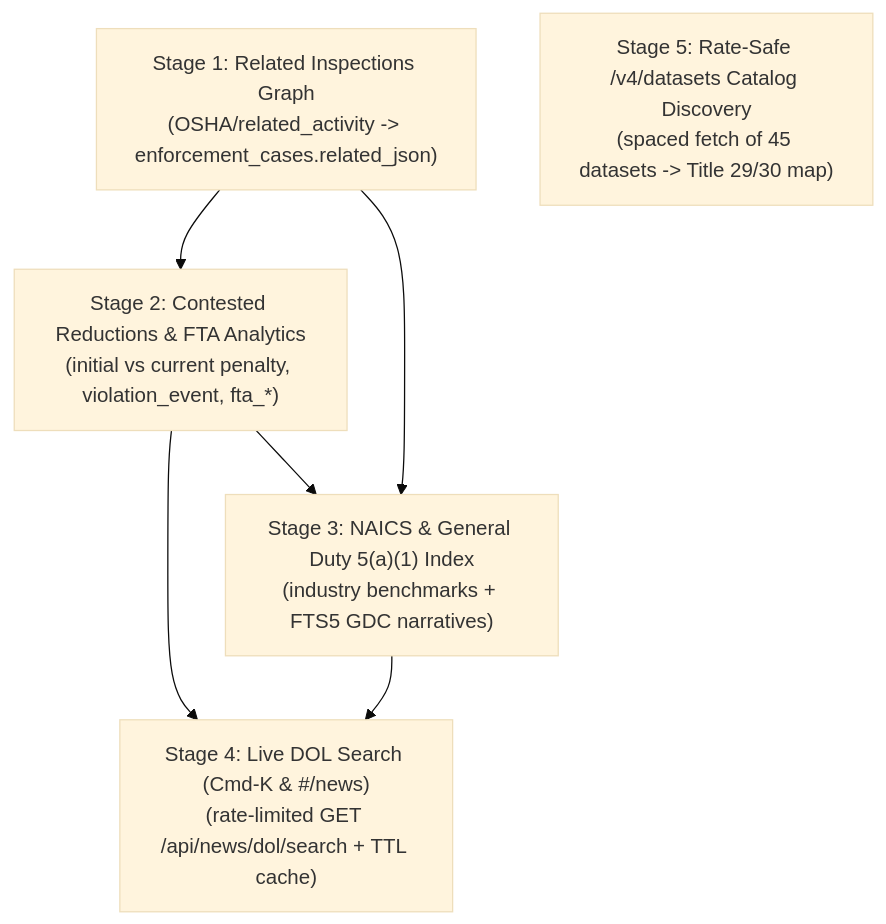
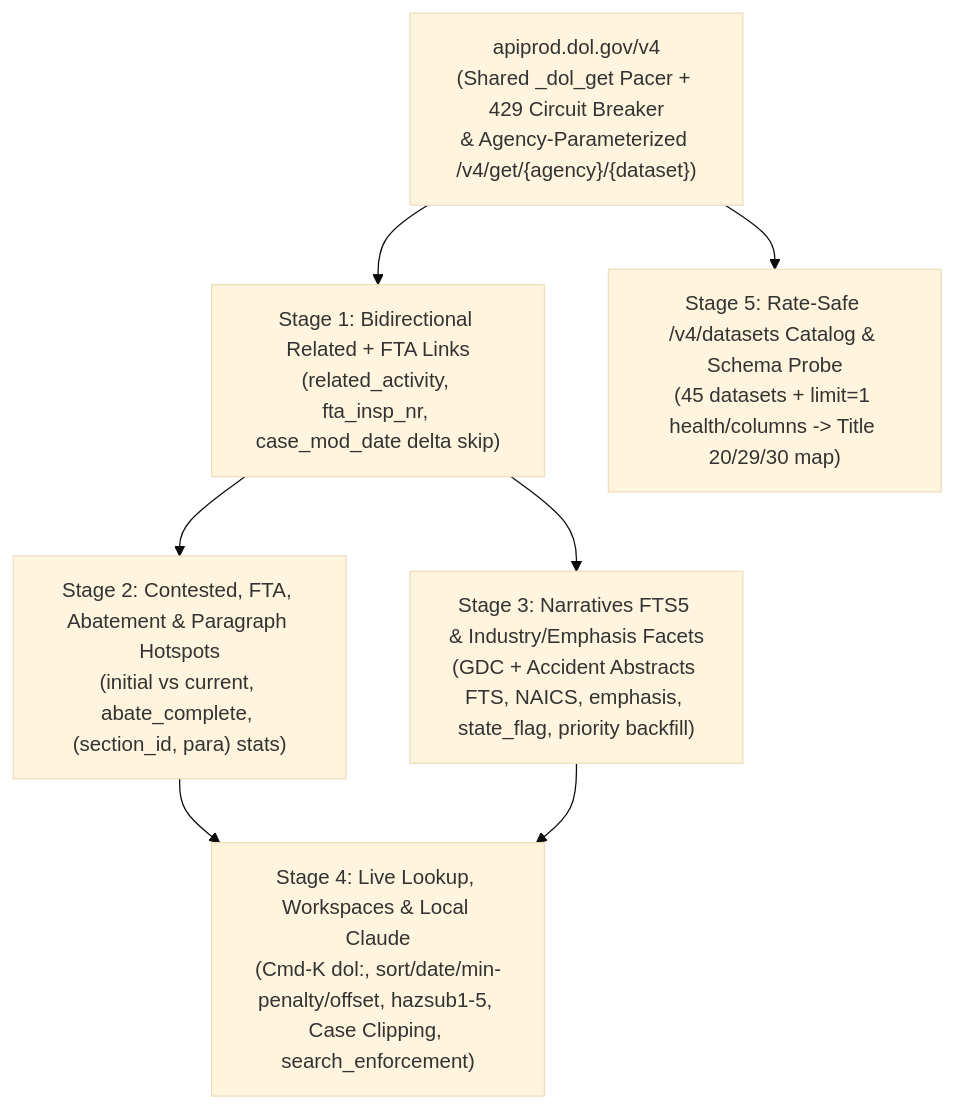
Before and after one commit to gibsondevhouse/FRAMEWORK: the diagram in docs/plans/40_regulatory_intelligence_and_dol/42_dol_api_expansion/MASTER_PLAN.md, drawn with Mermaid (base theme). The commit also changed other lines of this file and 40 other files, not shown here.

````diff
--- a/docs/plans/40_regulatory_intelligence_and_dol/42_dol_api_expansion/MASTER_PLAN.md
+++ b/docs/plans/40_regulatory_intelligence_and_dol/42_dol_api_expansion/MASTER_PLAN.md
@@ -64,9 +82,10 @@
 ```mermaid
 flowchart TD
-    S1["Stage 1: Related Inspections Graph\n(OSHA/related_activity -> enforcement_cases.related_json)"] --> S2
-    S2["Stage 2: Contested Reductions & FTA Analytics\n(initial vs current penalty, violation_event, fta_*)"] --> S3
-    S2 --> S4["Stage 4: Live DOL Search (Cmd-K & #/news)\n(rate-limited GET /api/news/dol/search + TTL cache)"]
-    S1 --> S3["Stage 3: NAICS & General Duty 5(a)(1) Index\n(industry benchmarks + FTS5 GDC narratives)"]
+    DOL["apiprod.dol.gov/v4\n(Shared _dol_get Pacer + 429 Circuit Breaker\n& Agency-Parameterized /v4/get/{agency}/{dataset})"]
+    DOL --> S1["Stage 1: Bidirectional Related + FTA Links\n(related_activity, fta_insp_nr, case_mod_date delta skip)"]
+    S1 --> S2["Stage 2: Contested, FTA, Abatement & Paragraph Hotspots\n(initial vs current, abate_complete, (section_id, para) stats)"]
+    S1 --> S3["Stage 3: Narratives FTS5 & Industry/Emphasis Facets\n(GDC + Accident Abstracts FTS, NAICS, emphasis, state_flag, priority backfill)"]
+    S2 --> S4["Stage 4: Live Lookup, Workspaces & Local Claude\n(Cmd-K dol:, sort/date/min-penalty/offset, hazsub1-5, Case Clipping, search_enforcement)"]
     S3 --> S4
-    S5["Stage 5: Rate-Safe /v4/datasets Catalog Discovery\n(spaced fetch of 45 datasets -> Title 29/30 map)"]
+    DOL --> S5["Stage 5: Rate-Safe /v4/datasets Catalog & Schema Probe\n(45 datasets + limit=1 health/columns -> Title 20/29/30 map)"]
 ```
````
